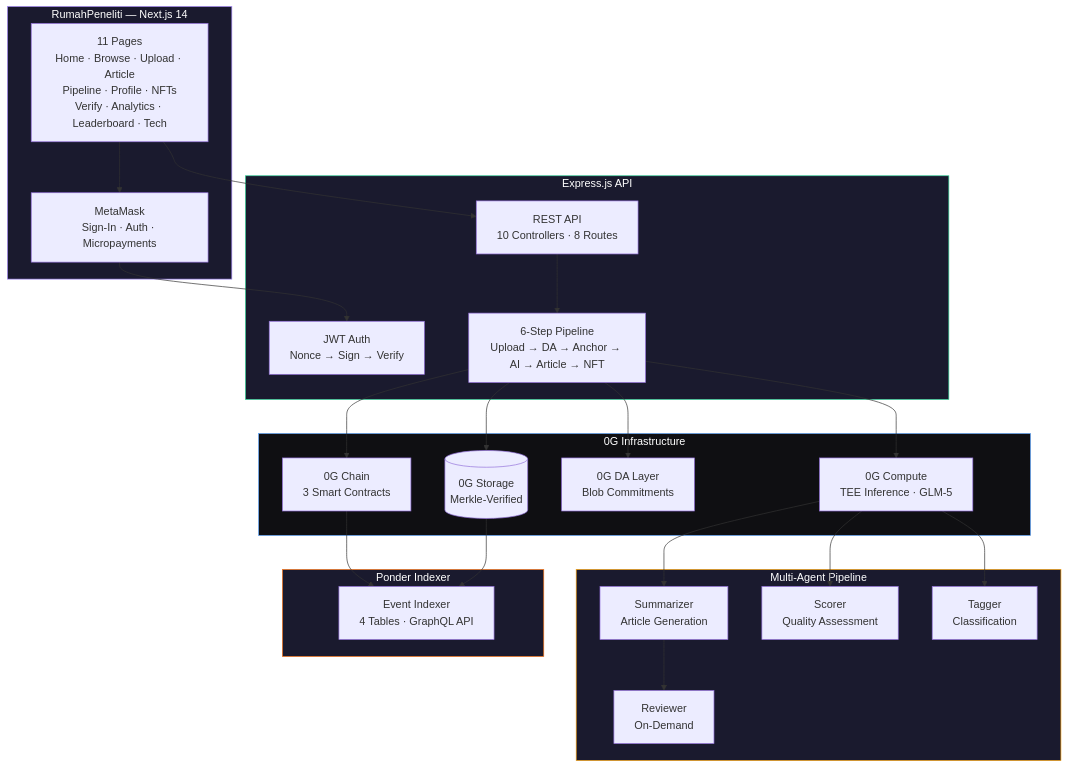
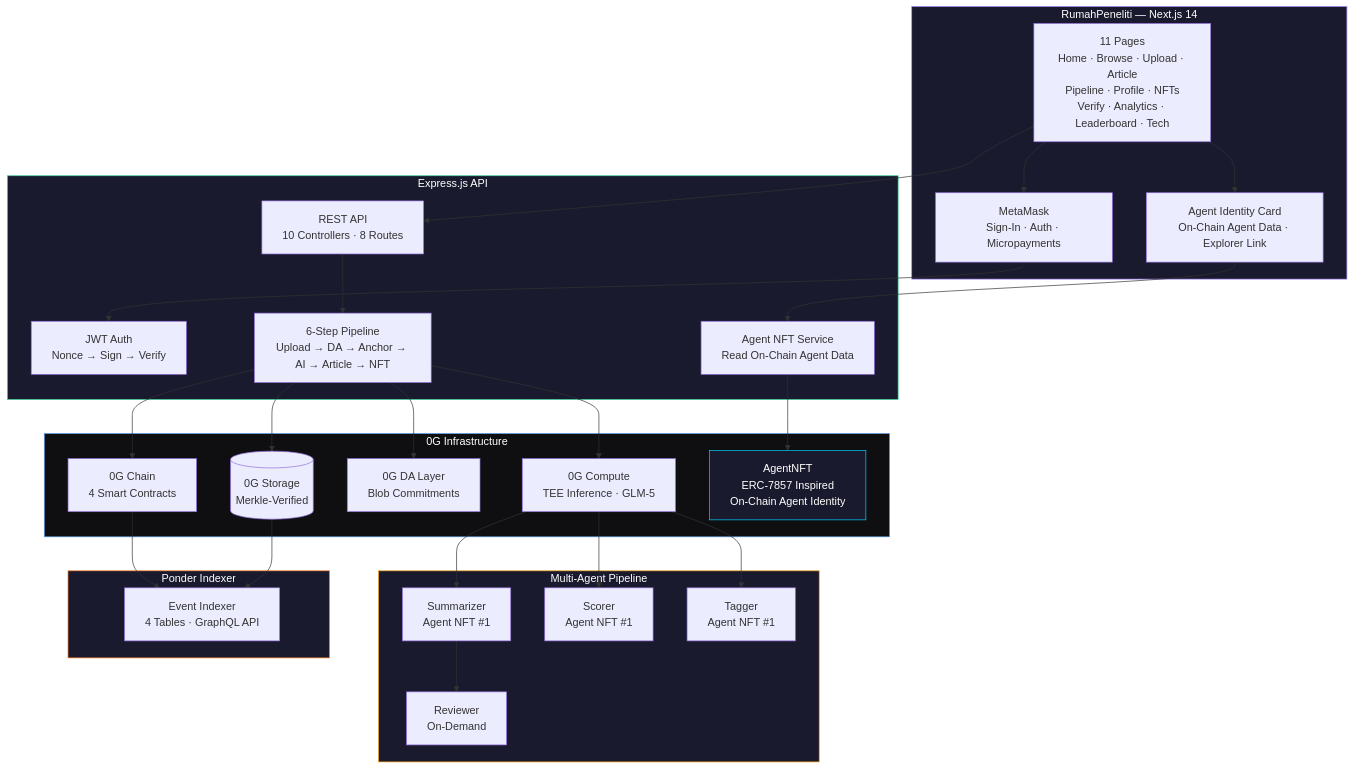
The first of 4 diagrams in README.md (dwlpra/rumah-peneliti), drawn with Mermaid before and after one commit. The commit also changed other lines of this file and 17 other files, not shown here.

First line of the commit message:
feat: on-chain AI agent identity (ERC-7857 inspired), 4th contract on 0G mainnet

````diff
--- a/README.md
+++ b/README.md
@@ -59,52 +110,59 @@
 ```mermaid
 graph TB
     subgraph Frontend["RumahPeneliti — Next.js 14"]
         UI["11 Pages<br/>Home · Browse · Upload · Article<br/>Pipeline · Profile · NFTs<br/>Verify · Analytics · Leaderboard · Tech"]
         Wallet["MetaMask<br/>Sign-In · Auth · Micropayments"]
+        AgentUI["Agent Identity Card<br/>On-Chain Agent Data · Explorer Link"]
     end
 
     subgraph Backend["Express.js API"]
         API["REST API<br/>10 Controllers · 8 Routes"]
         Auth["JWT Auth<br/>Nonce → Sign → Verify"]
         Pipeline["6-Step Pipeline<br/>Upload → DA → Anchor → AI → Article → NFT"]
+        AgentSvc["Agent NFT Service<br/>Read On-Chain Agent Data"]
     end
 
     subgraph AI["Multi-Agent Pipeline"]
-        Summarizer["Summarizer<br/>Article Generation"]
-        Scorer["Scorer<br/>Quality Assessment"]
-        Tagger["Tagger<br/>Classification"]
+        Summarizer["Summarizer<br/>Agent NFT #1"]
+        Scorer["Scorer<br/>Agent NFT #1"]
+        Tagger["Tagger<br/>Agent NFT #1"]
         Reviewer["Reviewer<br/>On-Demand"]
     end
 
     subgraph ZeroG["0G Infrastructure"]
         Storage[("0G Storage<br/>Merkle-Verified")]
         Compute["0G Compute<br/>TEE Inference · GLM-5"]
         DA["0G DA Layer<br/>Blob Commitments"]
-        Chain["0G Chain<br/>3 Smart Contracts"]
+        Chain["0G Chain<br/>4 Smart Contracts"]
+        AgentNFT["AgentNFT<br/>ERC-7857 Inspired<br/>On-Chain Agent Identity"]
     end
 
     subgraph Indexer["Ponder Indexer"]
         Ponder["Event Indexer<br/>4 Tables · GraphQL API"]
     end
 
     UI --> Wallet
     UI --> API
+    UI --> AgentUI
+    AgentUI --> AgentSvc
+    AgentSvc --> AgentNFT
     Wallet --> Auth
     API --> Pipeline
     Pipeline --> Storage
     Pipeline --> DA
     Pipeline --> Chain
     Pipeline --> Compute
     Compute --> Summarizer
     Compute --> Scorer
     Compute --> Tagger
     Summarizer --> Reviewer
     Chain --> Ponder
     Storage --> Ponder
 
     style Frontend fill:#1a1a2e,stroke:#a78bfa,color:#fff
     style Backend fill:#1a1a2e,stroke:#34d399,color:#fff
     style AI fill:#1a1a2e,stroke:#f59e0b,color:#fff
     style ZeroG fill:#0f0f12,stroke:#60a5fa,color:#fff
     style Indexer fill:#1a1a2e,stroke:#f97316,color:#fff
+    style AgentNFT fill:#1a1a2e,stroke:#00d4ff,color:#fff
 ```
````
